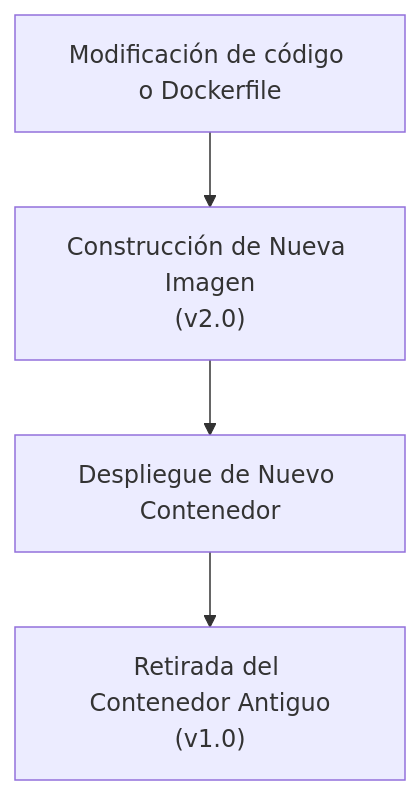
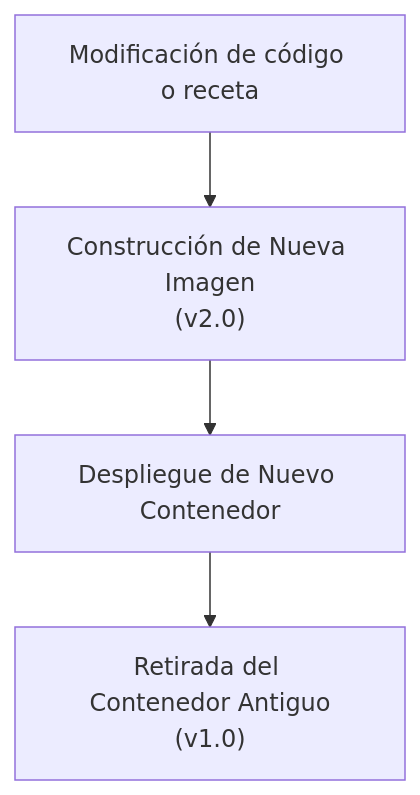
One commit to ieftraining/curso-openshift changed the fourth of 4 diagrams in docs/sesion1/1.2 de servidor a contendor.md. Above: the diagram before and after it, drawn with Mermaid. The commit also changed other lines of this file, not shown here.

````diff
--- a/docs/sesion1/1.2 de servidor a contendor.md
+++ b/docs/sesion1/1.2 de servidor a contendor.md
@@ -143,6 +145,6 @@
 ```mermaid
 flowchart TD
-    A["Modificación de código o Dockerfile"] --> B["Construcción de Nueva Imagen<br>(v2.0)"]
+    A["Modificación de código o receta"] --> B["Construcción de Nueva Imagen<br>(v2.0)"]
     B --> C["Despliegue de Nuevo Contenedor"]
     C --> D["Retirada del Contenedor Antiguo<br>(v1.0)"]
 ```
````
